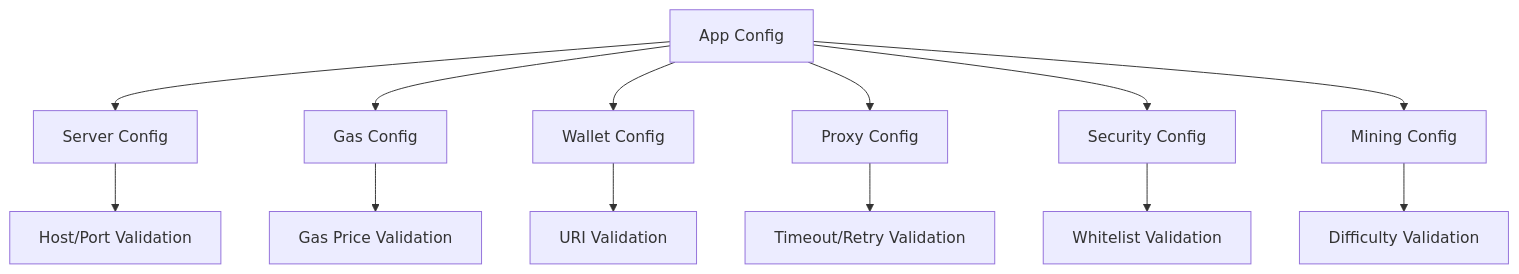
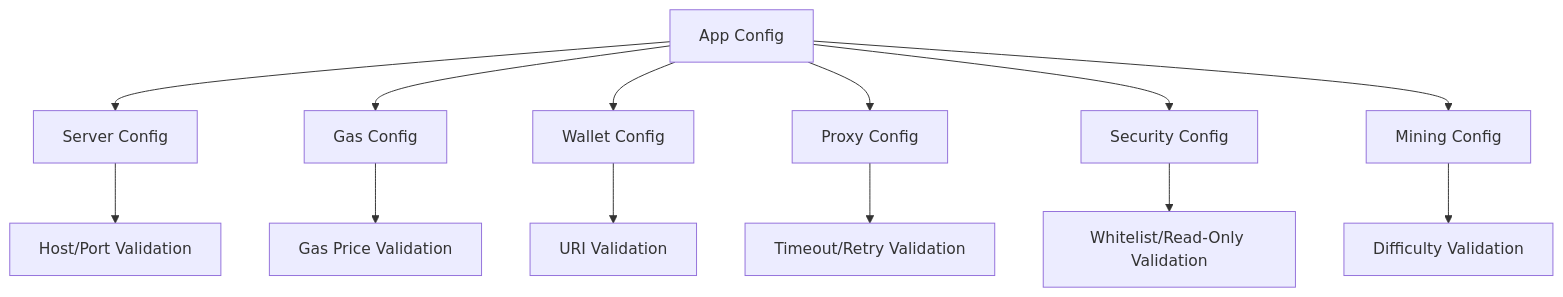
The fourth of 5 diagrams in doc/architecture.md (IgraLabs/igra-rpc-provider), drawn with Mermaid before and after one commit. The commit also changed other lines of this file and 7 other files, not shown here.

First line of the commit message:
feat: implement read-only RPC mode

````diff
--- a/doc/architecture.md
+++ b/doc/architecture.md
@@ -170,16 +171,16 @@
 ```mermaid
 graph TB
     AppConfig[App Config] --> ServerConfig[Server Config]
     AppConfig --> GasConfig[Gas Config]
     AppConfig --> WalletConfig[Wallet Config]
     AppConfig --> ProxyConfig[Proxy Config]
     AppConfig --> SecurityConfig[Security Config]
     AppConfig --> MiningConfig[Mining Config]
     
     ServerConfig --> ServerValidation[Host/Port Validation]
     GasConfig --> GasValidation[Gas Price Validation]
     WalletConfig --> WalletValidation[URI Validation]
     ProxyConfig --> ProxyValidation[Timeout/Retry Validation]
-    SecurityConfig --> SecurityValidation[Whitelist Validation]
+    SecurityConfig --> SecurityValidation[Whitelist/Read-Only Validation]
     MiningConfig --> MiningValidation[Difficulty Validation]
 ```
````
